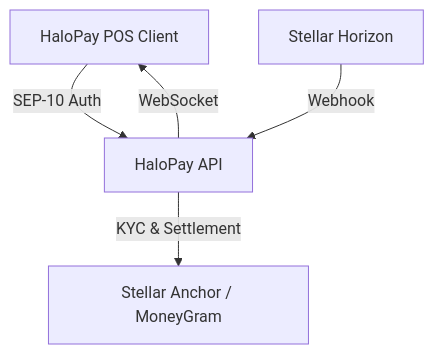
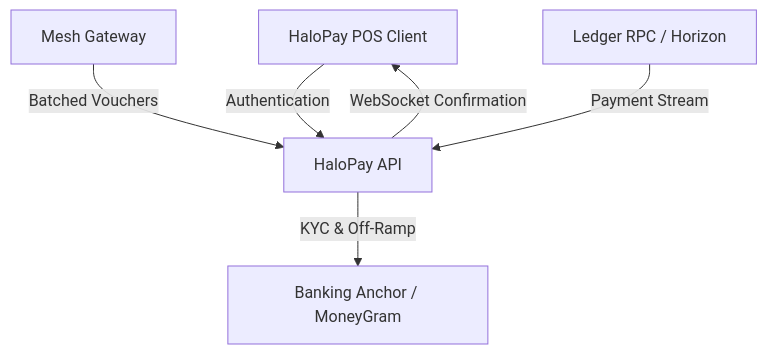
One commit to HaloPaye/halopay-api changed the diagram in README.md. Above: the diagram before and after it, drawn with Mermaid. The commit also changed other lines of this file, not shown here.

Commit message:
docs(readme): overhaul documentation to focus on product architecture and settlement engine (#153)

````diff
--- a/README.md
+++ b/README.md
@@ -39,7 +22,8 @@
 ```mermaid
 graph TD
-  Client[HaloPay POS Client] -->|SEP-10 Auth| API[HaloPay API]
-  API -->|KYC & Settlement| Anchor[Stellar Anchor / MoneyGram]
-  Horizon[Stellar Horizon] -->|Webhook| API
-  API -->|WebSocket| Client
+  Client[HaloPay POS Client] -->|Authentication| API[HaloPay API]
+  Relay[Mesh Gateway] -->|Batched Vouchers| API
+  API -->|KYC & Off-Ramp| Anchor[Banking Anchor / MoneyGram]
+  Horizon[Ledger RPC / Horizon] -->|Payment Stream| API
+  API -->|WebSocket Confirmation| Client
 ```
````
